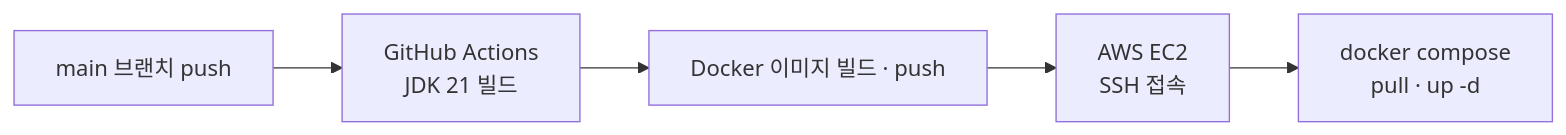
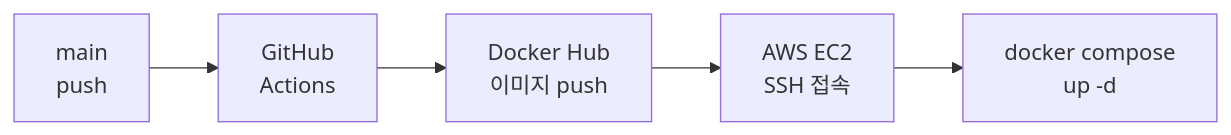
Before and after one commit to piggy-project/piggy-backend: the third of 3 diagrams in README.md, drawn with Mermaid. The commit also changed other lines of this file, not shown here.

````diff
--- a/README.md
+++ b/README.md
@@ -291,7 +246,7 @@
 ```mermaid
 flowchart LR
-    Dev["main 브랜치 push"] --> GHA["GitHub Actions<br/>JDK 21 빌드"]
-    GHA --> Hub["Docker 이미지 빌드 · push"]
+    Dev["main<br/>push"] --> GHA["GitHub<br/>Actions"]
+    GHA --> Hub["Docker Hub<br/>이미지 push"]
     Hub --> EC2["AWS EC2<br/>SSH 접속"]
-    EC2 --> Run["docker compose<br/>pull · up -d"]
+    EC2 --> Run["docker compose<br/>up -d"]
 ```
````
